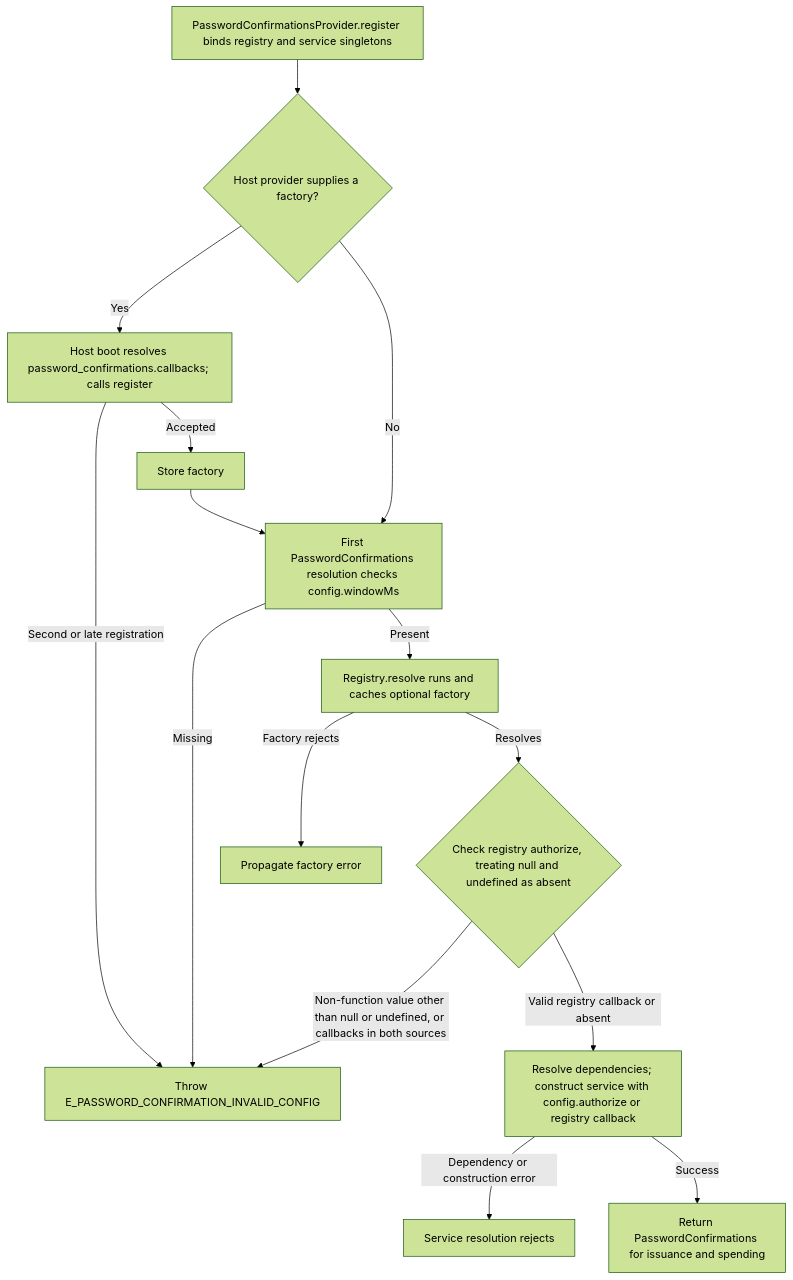
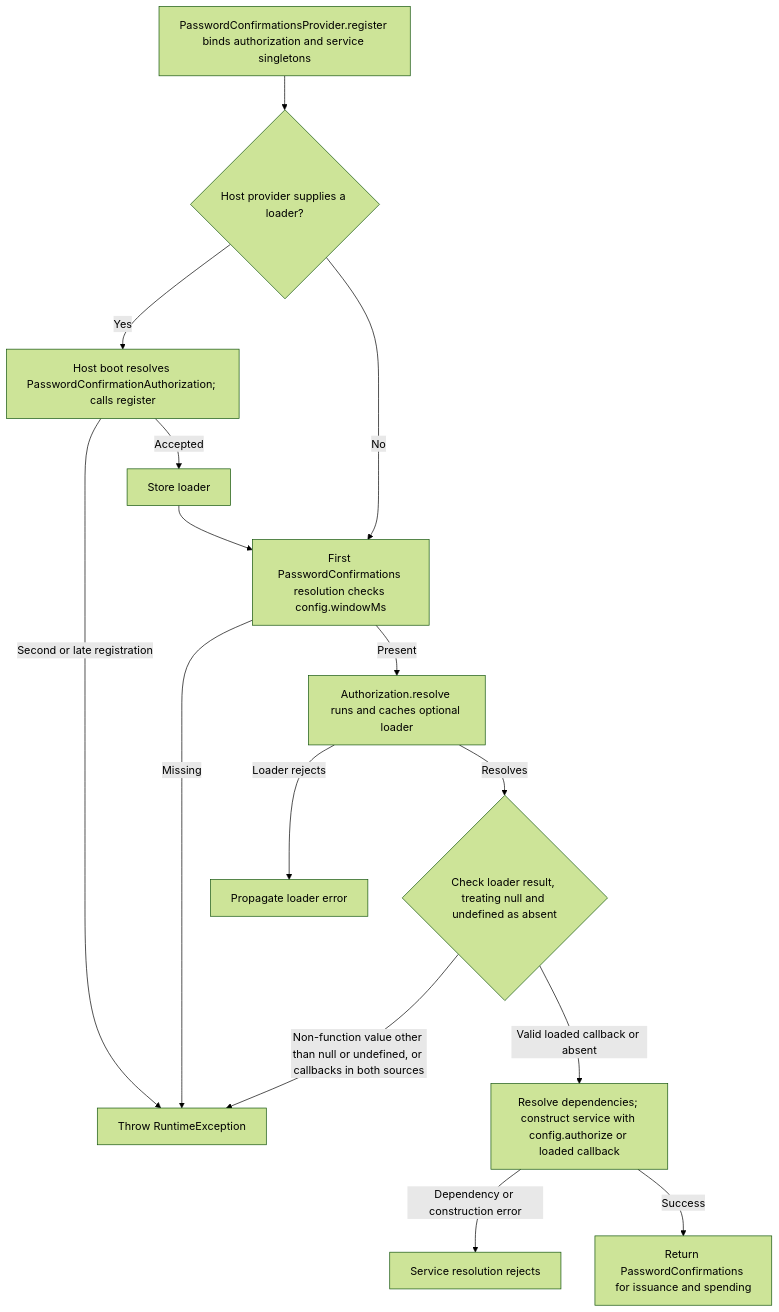
The second of 2 diagrams in user-stories/US-CONFIRM-09-register-authorization.md (Kevinjohn/oss-adonisjs-confirm-action-with-password), drawn with Mermaid (forest theme) before and after one commit. The commit also changed other lines of this file and 53 other files, not shown here.

Commit message:
Align password confirmation package conventions

````diff
--- a/user-stories/US-CONFIRM-09-register-authorization.md
+++ b/user-stories/US-CONFIRM-09-register-authorization.md
@@ -37,17 +37,17 @@
 ```mermaid
 flowchart TD
-    A["PasswordConfirmationsProvider.register binds registry and service singletons"] --> B{"Host provider supplies a factory?"}
-    B -->|Yes| C["Host boot resolves password_confirmations.callbacks; calls register"]
-    C -->|Second or late registration| X["Throw E_PASSWORD_CONFIRMATION_INVALID_CONFIG"]
-    C -->|Accepted| D["Store factory"]
+    A["PasswordConfirmationsProvider.register binds authorization and service singletons"] --> B{"Host provider supplies a loader?"}
+    B -->|Yes| C["Host boot resolves PasswordConfirmationAuthorization; calls register"]
+    C -->|Second or late registration| X["Throw RuntimeException"]
+    C -->|Accepted| D["Store loader"]
     D --> E["First PasswordConfirmations resolution checks config.windowMs"]
     B -->|No| E
     E -->|Missing| X
-    E -->|Present| F["Registry.resolve runs and caches optional factory"]
-    F -->|Factory rejects| Y["Propagate factory error"]
-    F -->|Resolves| G{"Check registry authorize, treating null and undefined as absent"}
+    E -->|Present| F["Authorization.resolve runs and caches optional loader"]
+    F -->|Loader rejects| Y["Propagate loader error"]
+    F -->|Resolves| G{"Check loader result, treating null and undefined as absent"}
     G -->|Non-function value other than null or undefined, or callbacks in both sources| X
-    G -->|Valid registry callback or absent| H["Resolve dependencies; construct service with config.authorize or registry callback"]
+    G -->|Valid loaded callback or absent| H["Resolve dependencies; construct service with config.authorize or loaded callback"]
     H -->|Dependency or construction error| Z["Service resolution rejects"]
     H -->|Success| I["Return PasswordConfirmations for issuance and spending"]
 ```
````
